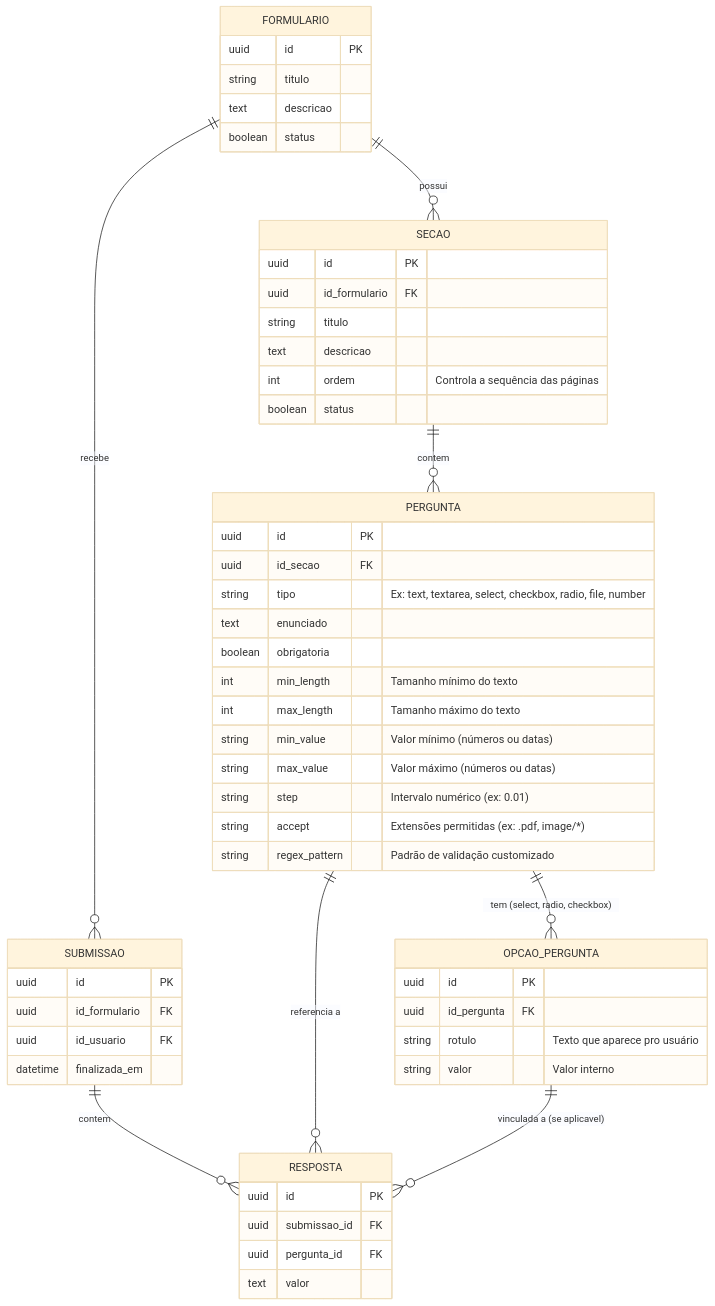
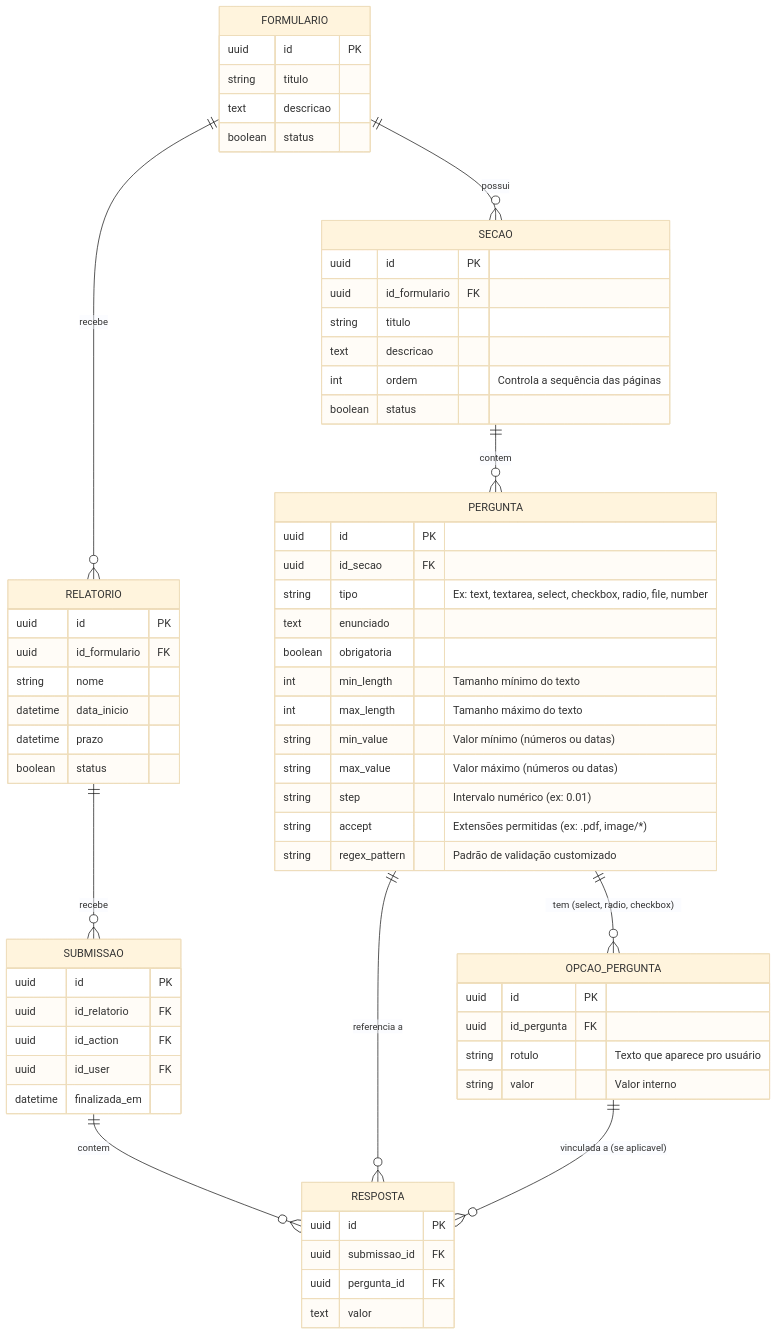
The second of 2 diagrams in README.md (PROEX-UFCA/sigex), drawn with Mermaid (base theme) before and after one commit. The commit also changed 10 other files, not shown here.

````diff
--- a/README.md
+++ b/README.md
@@ -93,62 +93,73 @@
 ```mermaid
 erDiagram
     FORMULARIO ||--o{ SECAO : possui
     SECAO ||--o{ PERGUNTA : contem
     PERGUNTA ||--o{ OPCAO_PERGUNTA : "tem (select, radio, checkbox)"
-    FORMULARIO ||--o{ SUBMISSAO : recebe
+    FORMULARIO ||--o{ RELATORIO : recebe
+    RELATORIO ||--o{ SUBMISSAO : recebe
     SUBMISSAO ||--o{ RESPOSTA : contem
     PERGUNTA ||--o{ RESPOSTA : "referencia a"
     OPCAO_PERGUNTA ||--o{ RESPOSTA : "vinculada a (se aplicavel)"
 
     FORMULARIO {
         uuid id PK
         string titulo
         text descricao
         boolean status
     }
 
     SECAO {
         uuid id PK
         uuid id_formulario FK
         string titulo
         text descricao
         int ordem "Controla a sequência das páginas"
         boolean status
     }
 
     PERGUNTA {
         uuid id PK
         uuid id_secao FK
         string tipo "Ex: text, textarea, select, checkbox, radio, file, number"
         text enunciado
         boolean obrigatoria
         int min_length "Tamanho mínimo do texto"
         int max_length "Tamanho máximo do texto"
         string min_value "Valor mínimo (números ou datas)"
         string max_value "Valor máximo (números ou datas)"
         string step "Intervalo numérico (ex: 0.01)"
         string accept "Extensões permitidas (ex: .pdf, image/*)"
         string regex_pattern "Padrão de validação customizado"
     }
 
     OPCAO_PERGUNTA {
         uuid id PK
         uuid id_pergunta FK
         string rotulo "Texto que aparece pro usuário"
         string valor "Valor interno"
     }
 
+    RELATORIO {
+        uuid id PK
+        uuid id_formulario FK
+        string nome
+        datetime data_inicio
+        datetime prazo
+        boolean status
+    }
+
     SUBMISSAO {
         uuid id PK
-        uuid id_formulario FK
-        uuid id_usuario FK 
+        uuid id_relatorio FK 
+        uuid id_action FK
+        uuid id_user FK
         datetime finalizada_em
     }
 
     RESPOSTA {
         uuid id PK
         uuid submissao_id FK
         uuid pergunta_id FK
         text valor
     }
 ```
````
